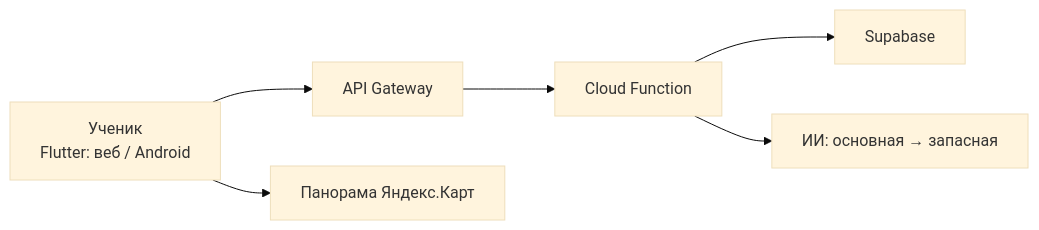
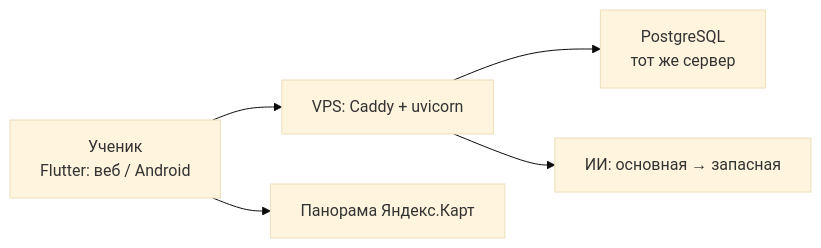
One commit to Sibarit87/neuroinstructor changed the diagram in README.md. Above: the diagram before and after it, drawn with Mermaid (base theme). The commit also changed other lines of this file, not shown here.

Commit message:
Show the live VPS and Postgres stack on the public showcase README.
The Cloud Functions and Supabase diagram no longer matches what pupils hit.

````diff
--- a/README.md
+++ b/README.md
@@ -106,8 +106,7 @@
 ```mermaid
 flowchart LR
-  pupil["Ученик<br/>Flutter: веб / Android"] --> gw["API Gateway"]
-  gw --> fn["Cloud Function"]
-  fn --> db["Supabase"]
-  fn --> llm["ИИ: основная → запасная"]
+  pupil["Ученик<br/>Flutter: веб / Android"] --> api["VPS: Caddy + uvicorn"]
+  api --> db["PostgreSQL<br/>тот же сервер"]
+  api --> llm["ИИ: основная → запасная"]
   pupil --> maps["Панорама Яндекс.Карт"]
 ```
````
